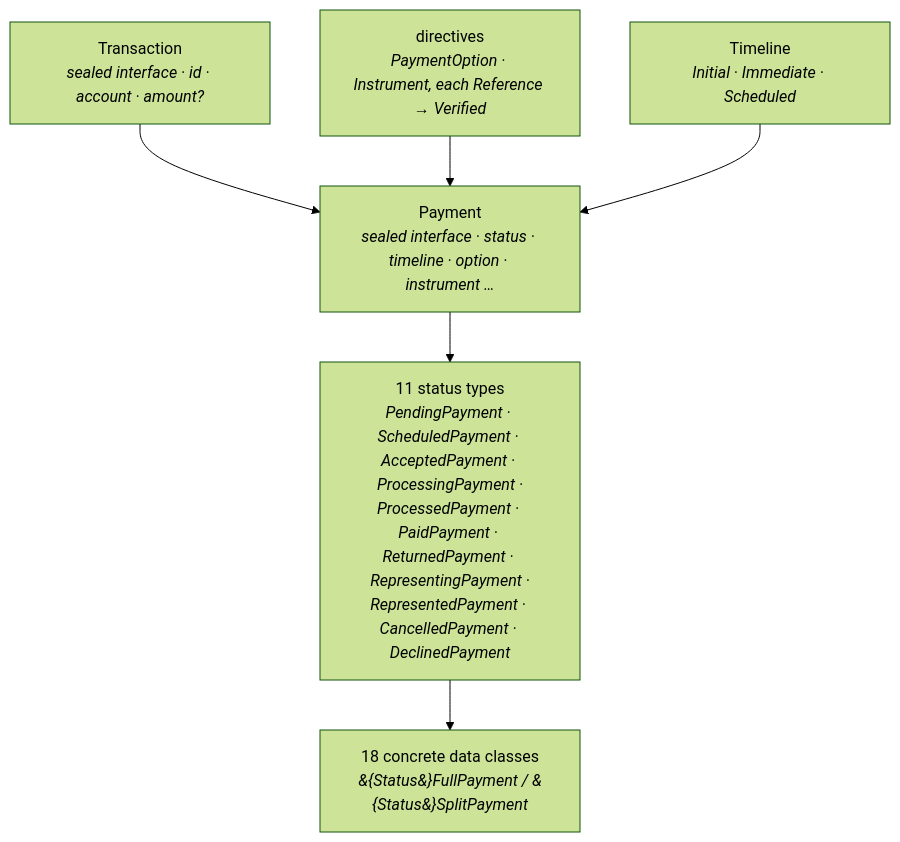
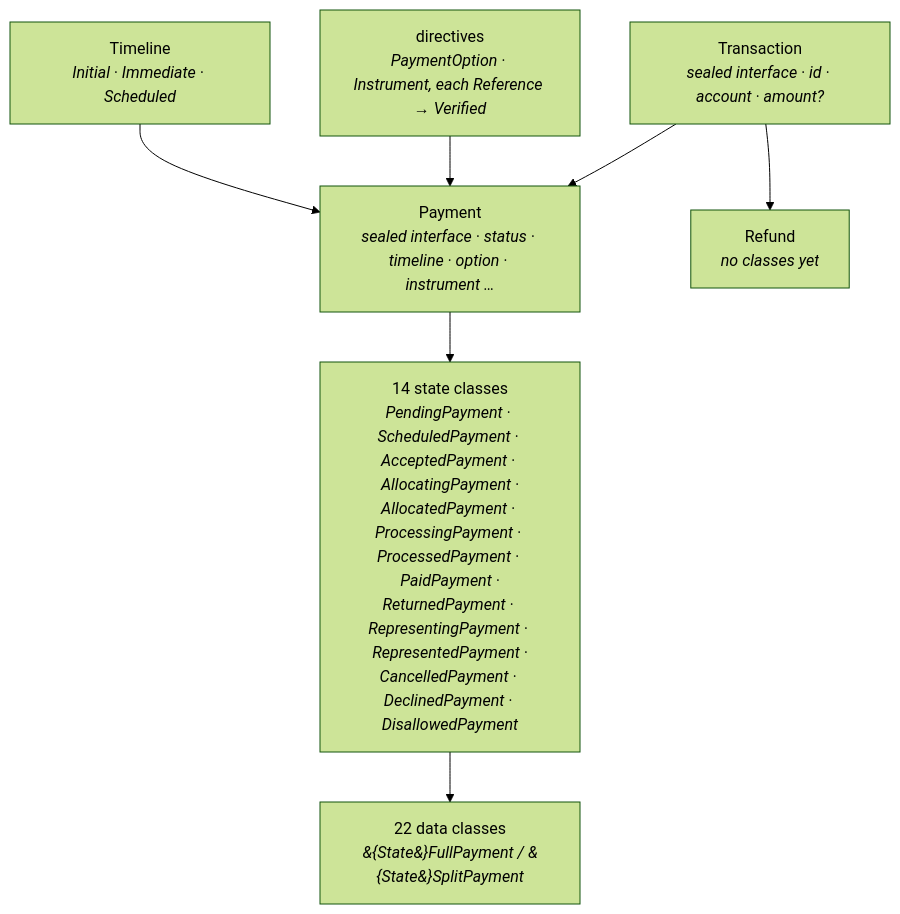
Before and after one commit to arunav-bhattacharya/billpay-book: the diagram in website/docs/build/domain-model/index.md, drawn with Mermaid (forest theme). The commit also changed other lines of this file and 29 other files, not shown here.

````diff
--- a/website/docs/build/domain-model/index.md
+++ b/website/docs/build/domain-model/index.md
@@ -16,12 +16,14 @@
 ```mermaid
 flowchart TD
   T["Transaction<br/><i>sealed interface · id · account · amount?</i>"]
   P["Payment<br/><i>sealed interface · status · timeline · option · instrument …</i>"]
-  S["11 status types<br/><i>PendingPayment · ScheduledPayment · AcceptedPayment · ProcessingPayment ·<br/>ProcessedPayment · PaidPayment · ReturnedPayment · RepresentingPayment ·<br/>RepresentedPayment · CancelledPayment · DeclinedPayment</i>"]
-  L["18 concrete data classes<br/><i>&#123;Status&#125;FullPayment / &#123;Status&#125;SplitPayment</i>"]
+  R["Refund<br/><i>no classes yet</i>"]
+  S["14 state classes<br/><i>PendingPayment · ScheduledPayment · AcceptedPayment · AllocatingPayment ·<br/>AllocatedPayment · ProcessingPayment · ProcessedPayment · PaidPayment ·<br/>ReturnedPayment · RepresentingPayment · RepresentedPayment ·<br/>CancelledPayment · DeclinedPayment · DisallowedPayment</i>"]
+  L["22 data classes<br/><i>&#123;State&#125;FullPayment / &#123;State&#125;SplitPayment</i>"]
   D["directives<br/><i>PaymentOption · Instrument, each Reference → Verified</i>"]
   TL["Timeline<br/><i>Initial · Immediate · Scheduled</i>"]
   T --> P --> S --> L
+  T --> R
   D --> P
   TL --> P
 ```
````
